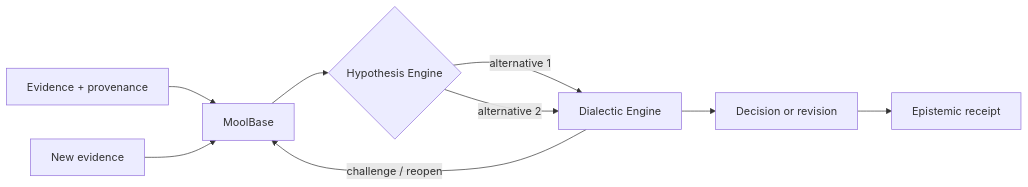
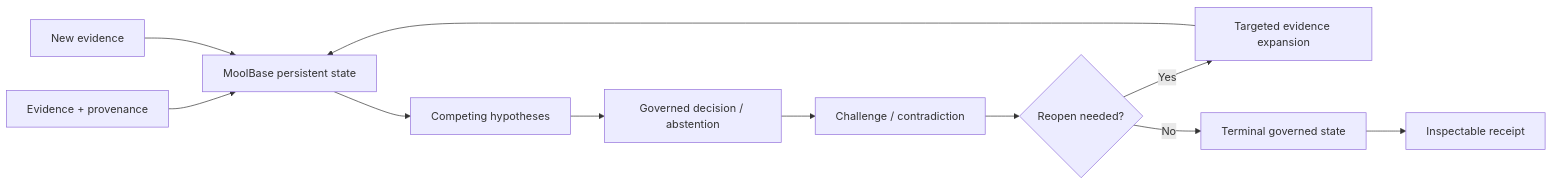
Before and after one commit to rastogivaibhav/MoolBase: the diagram in docs/articles/agent-memory-is-not-enough.md, drawn with Mermaid. The commit also changed other lines of this file, not shown here.

````diff
--- a/docs/articles/agent-memory-is-not-enough.md
+++ b/docs/articles/agent-memory-is-not-enough.md
@@ -91,11 +98,13 @@
-```mermaid
+~~~mermaid
 flowchart LR
-    E[Evidence + provenance] --> M[MoolBase]
-    M --> H{Hypothesis Engine}
-    H -->|alternative 1| D[Dialectic Engine]
-    H -->|alternative 2| D
-    D -->|challenge / reopen| M
-    D --> R[Decision or revision]
-    R --> P[Epistemic receipt]
-    N[New evidence] --> M
-```
+    E["Evidence + provenance"] --> M["MoolBase persistent state"]
+    M --> H["Competing hypotheses"]
+    H --> D["Governed decision / abstention"]
+    D --> C["Challenge / contradiction"]
+    C --> Q{"Reopen needed?"}
+    Q -->|Yes| X["Targeted evidence expansion"]
+    X --> M
+    Q -->|No| R["Terminal governed state"]
+    R --> P["Inspectable receipt"]
+    N["New evidence"] --> M
+~~~
````
